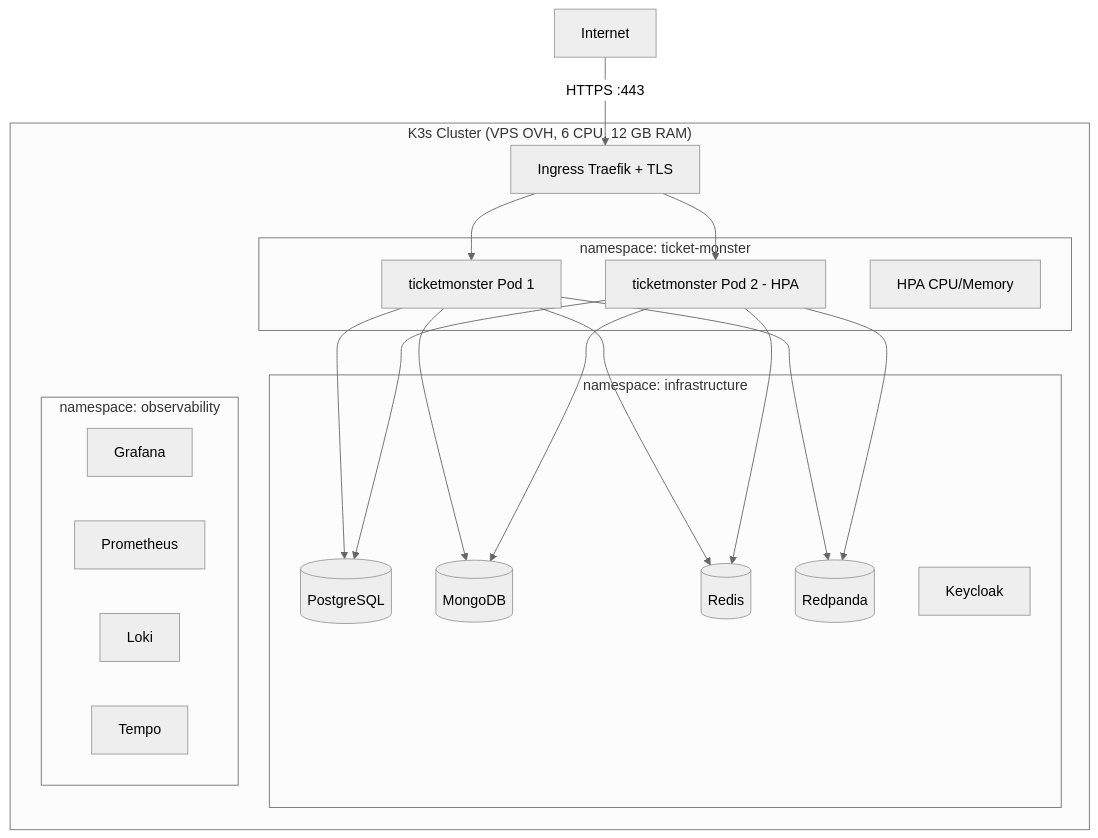
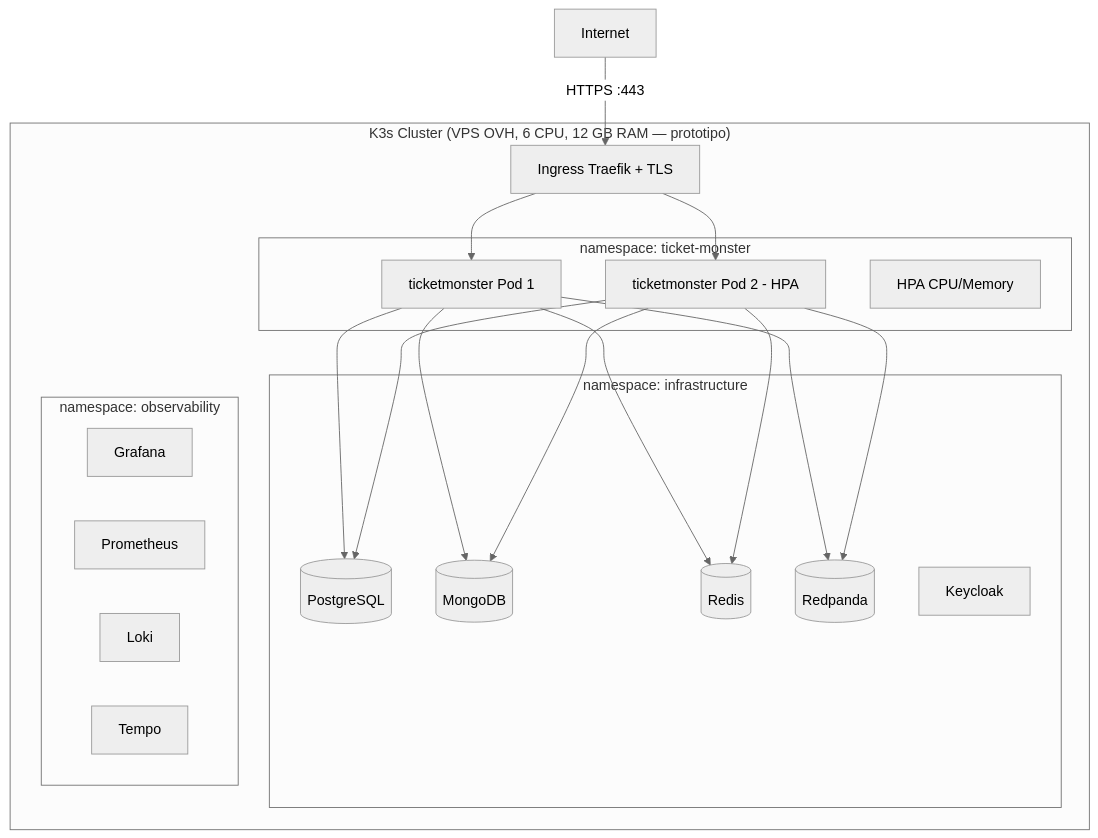
One commit to jrgavilanes/ticket-monster changed diagram 15 of 15 in docs/sad.md. Above: the diagram before and after it, drawn with Mermaid (neutral theme). The commit also changed other lines of this file, not shown here.

````diff
--- a/docs/sad.md
+++ b/docs/sad.md
@@ -1404,38 +1600,38 @@
 ```mermaid
 flowchart TB
-    subgraph K3s["K3s Cluster (VPS OVH, 6 CPU, 12 GB RAM)"]
+    subgraph K3s["K3s Cluster (VPS OVH, 6 CPU, 12 GB RAM — prototipo)"]
         subgraph NS1["namespace: ticket-monster"]
             TM1[ticketmonster Pod 1]
             TM2[ticketmonster Pod 2 - HPA]
             HPA[HPA CPU/Memory]
         end
 
         subgraph NS2["namespace: infrastructure"]
             PG[(PostgreSQL)]
             MONGO[(MongoDB)]
             REDIS[(Redis)]
             RP[(Redpanda)]
             KC_SVC[Keycloak]
         end
 
         subgraph NS3["namespace: observability"]
             GRAF[Grafana]
             PROM[Prometheus]
             LOKI[Loki]
             TEMPO[Tempo]
         end
 
         INGRESS[Ingress Traefik + TLS] --> TM1
         INGRESS --> TM2
     end
 
     Internet -->|HTTPS :443| INGRESS
     TM1 --> PG
     TM1 --> MONGO
     TM1 --> REDIS
     TM1 --> RP
     TM2 --> PG
     TM2 --> MONGO
     TM2 --> REDIS
     TM2 --> RP
 ```
````
